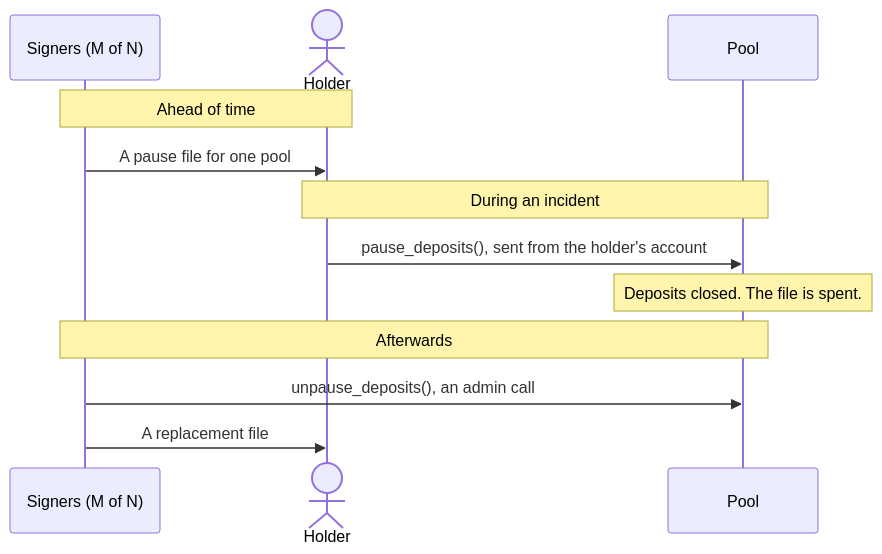
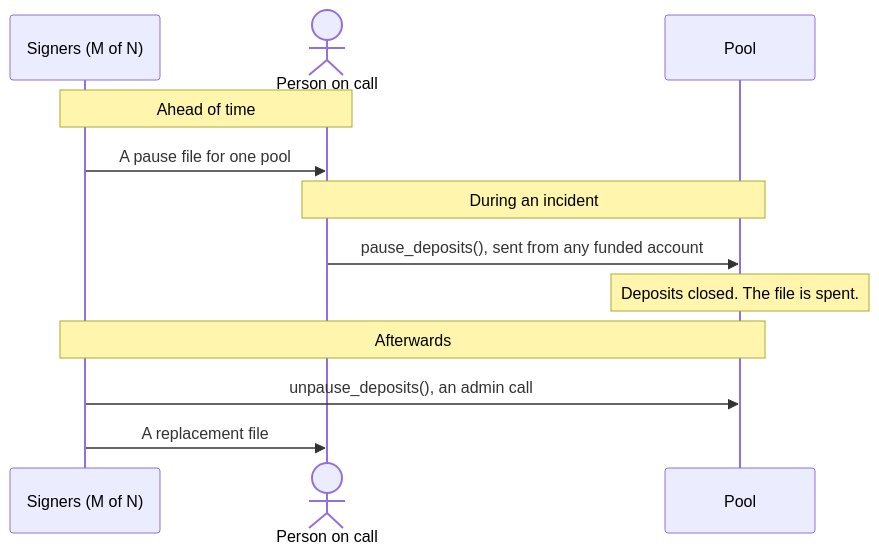
Before and after one commit to NethermindEth/stellar-private-payments: the third of 3 diagrams in docs/src/operator/governance.md, drawn with Mermaid. The commit also changed other lines of this file and 3 other files, not shown here.

Commit message:
docs(operator): drop the pause-file holder role

````diff
--- a/docs/src/operator/governance.md
+++ b/docs/src/operator/governance.md
@@ -66,14 +66,14 @@
 ```mermaid
 sequenceDiagram
     participant S as Signers (M of N)
-    actor H as Holder
+    actor H as Person on call
     participant P as Pool
     Note over S,H: Ahead of time
     S->>H: A pause file for one pool
     Note over H,P: During an incident
-    H->>P: pause_deposits(), sent from the holder's account
+    H->>P: pause_deposits(), sent from any funded account
     Note over P: Deposits closed. The file is spent.
     Note over S,P: Afterwards
     S->>P: unpause_deposits(), an admin call
     S->>H: A replacement file
 ```
````
